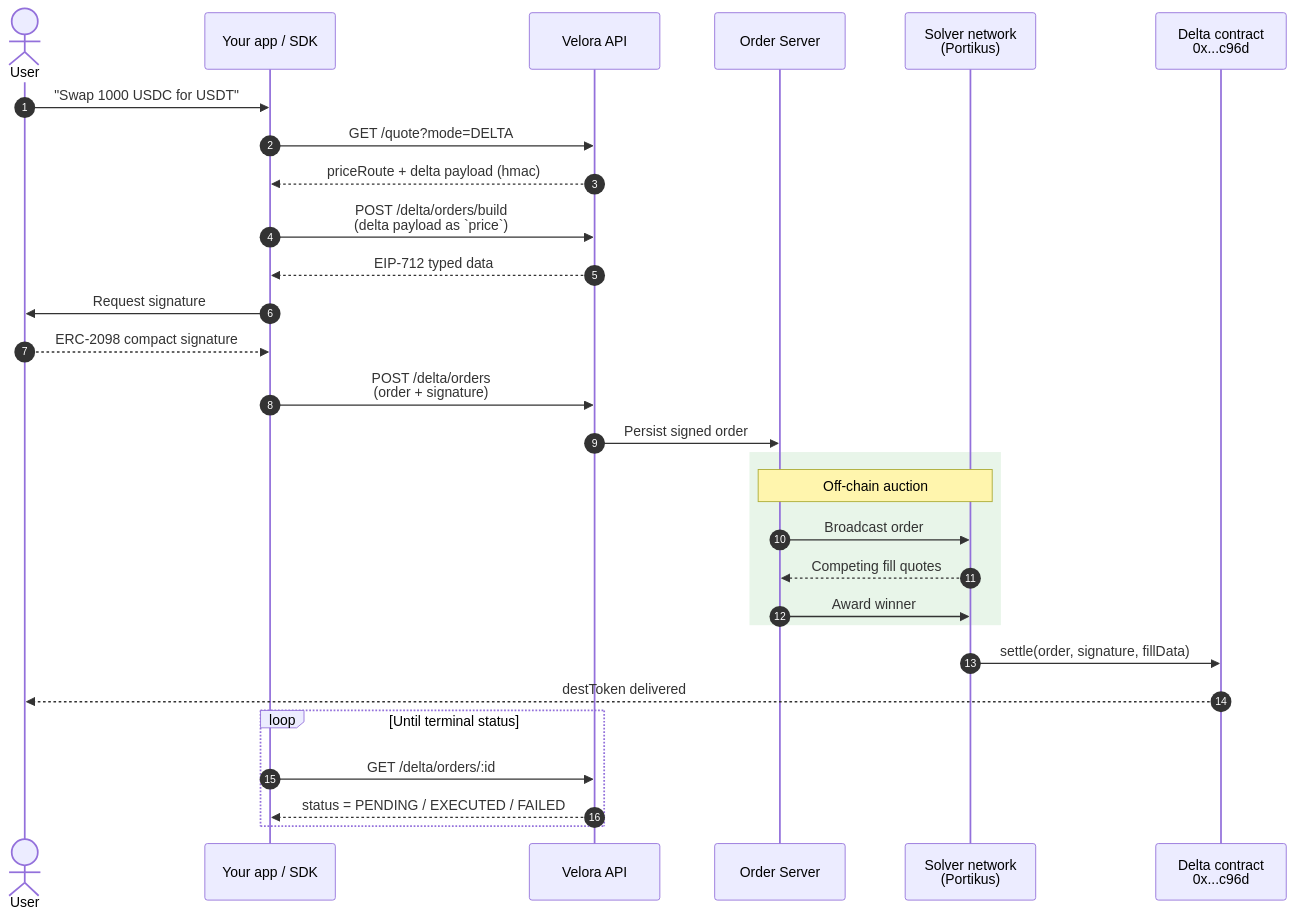
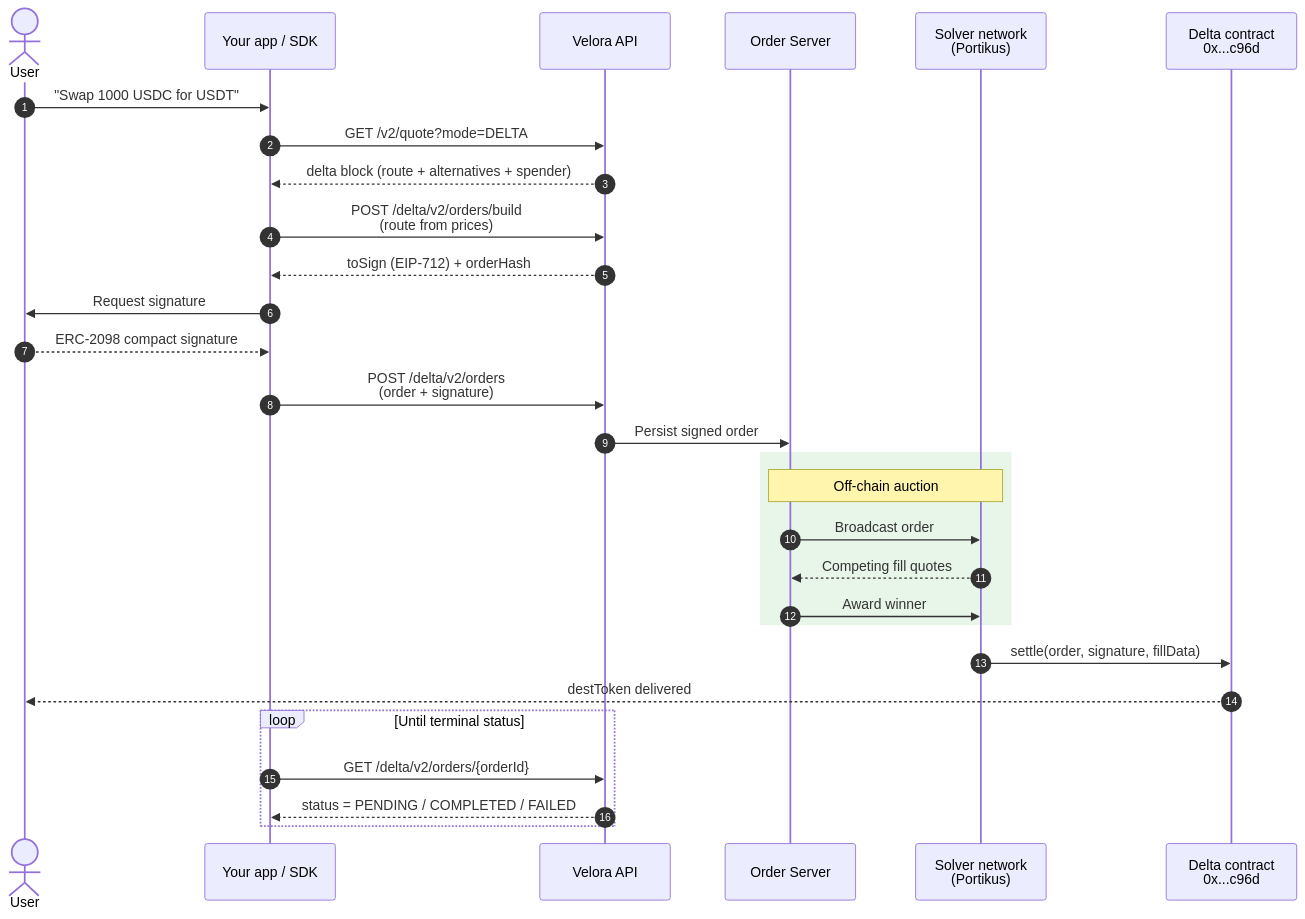
The diagram in delta/how-it-works.mdx (VeloraDEX/docs), drawn with Mermaid before and after one commit. The commit also changed other lines of this file and 6 other files, not shown here.

First line of the commit message:
Document the Delta V2 quote flow in guides and examples

````diff
--- a/delta/how-it-works.mdx
+++ b/delta/how-it-works.mdx
@@ -11,38 +11,38 @@
 ```mermaid
 sequenceDiagram
   autonumber
   actor User
   participant DApp as Your app / SDK
   participant API as Velora API
   participant OS as Order Server
   participant Solvers as Solver network<br/>(Portikus)
   participant Delta as Delta contract<br/>0x...c96d
 
   User->>DApp: "Swap 1000 USDC for USDT"
-  DApp->>API: GET /quote?mode=DELTA
-  API-->>DApp: priceRoute + delta payload (hmac)
+  DApp->>API: GET /v2/quote?mode=DELTA
+  API-->>DApp: delta block (route + alternatives + spender)
 
-  DApp->>API: POST /delta/orders/build<br/>(delta payload as `price`)
-  API-->>DApp: EIP-712 typed data
+  DApp->>API: POST /delta/v2/orders/build<br/>(route from prices)
+  API-->>DApp: toSign (EIP-712) + orderHash
 
   DApp->>User: Request signature
   User-->>DApp: ERC-2098 compact signature
 
-  DApp->>API: POST /delta/orders<br/>(order + signature)
+  DApp->>API: POST /delta/v2/orders<br/>(order + signature)
   API->>OS: Persist signed order
 
   rect rgb(232, 245, 233)
     note over OS,Solvers: Off-chain auction
     OS->>Solvers: Broadcast order
     Solvers-->>OS: Competing fill quotes
     OS->>Solvers: Award winner
   end
 
   Solvers->>Delta: settle(order, signature, fillData)
   Delta-->>User: destToken delivered
 
   loop Until terminal status
-    DApp->>API: GET /delta/orders/:id
-    API-->>DApp: status = PENDING / EXECUTED / FAILED
+    DApp->>API: GET /delta/v2/orders/{orderId}
+    API-->>DApp: status = PENDING / COMPLETED / FAILED
   end
 ```
````
